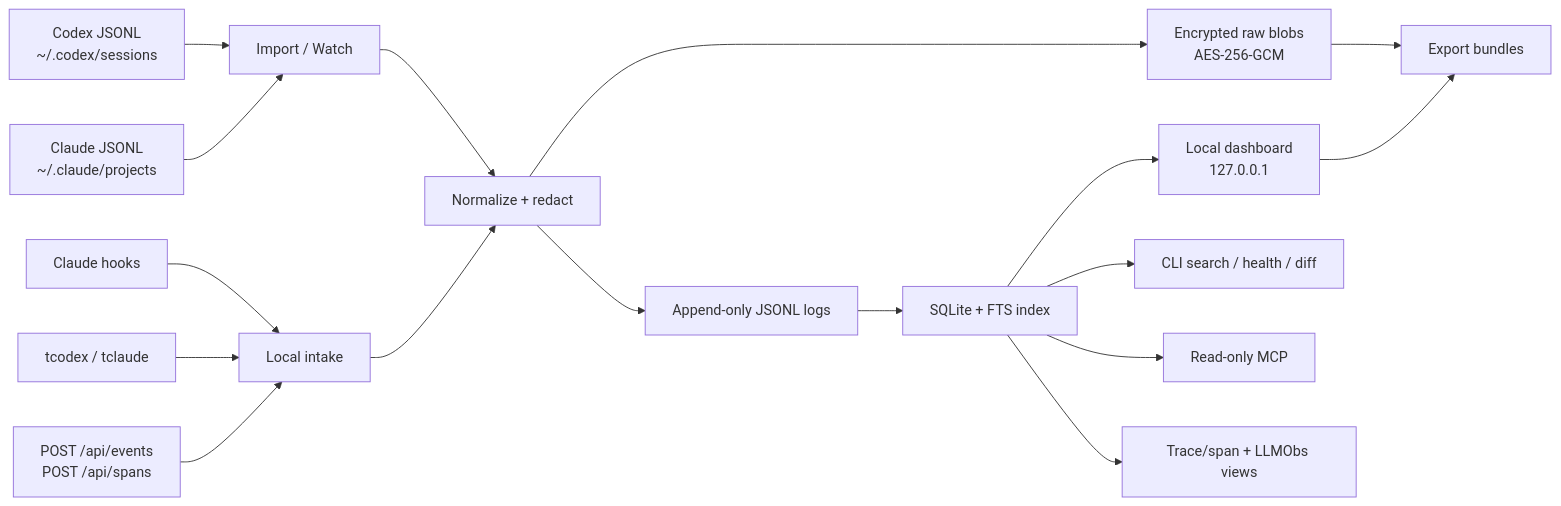
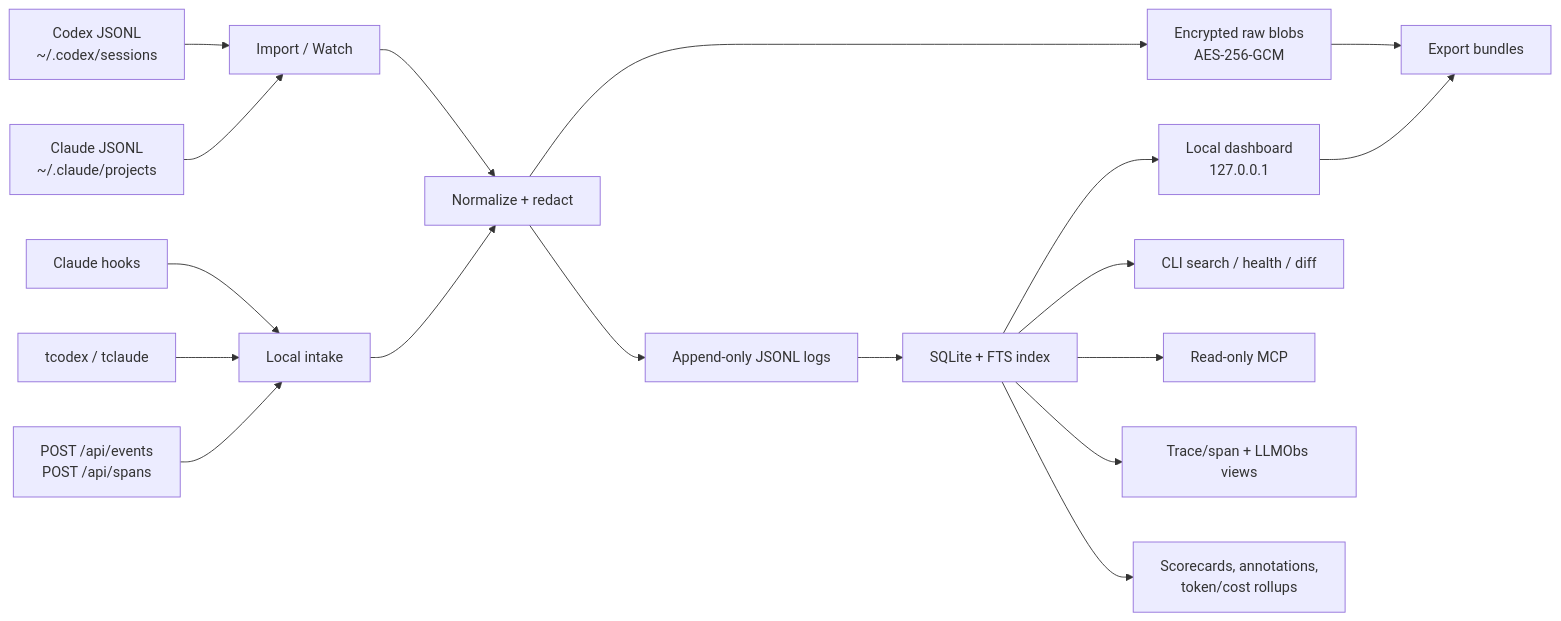
The diagram in ARCHITECTURE.md (ssreeni1/tracebase), drawn with Mermaid before and after one commit. The commit also changed other lines of this file and 27 other files, not shown here.

Commit message:
Add trace intelligence scorecards

````diff
--- a/ARCHITECTURE.md
+++ b/ARCHITECTURE.md
@@ -7,20 +7,21 @@
 ```mermaid
 flowchart LR
   codex["Codex JSONL<br/>~/.codex/sessions"] --> import["Import / Watch"]
   claude["Claude JSONL<br/>~/.claude/projects"] --> import
   hooks["Claude hooks"] --> intake["Local intake"]
   wrappers["tcodex / tclaude"] --> intake
   http["POST /api/events<br/>POST /api/spans"] --> intake
 
   import --> normalize["Normalize + redact"]
   intake --> normalize
   normalize --> raw["Encrypted raw blobs<br/>AES-256-GCM"]
   normalize --> logs["Append-only JSONL logs"]
   logs --> index["SQLite + FTS index"]
   raw --> export["Export bundles"]
   index --> dashboard["Local dashboard<br/>127.0.0.1"]
   index --> cli["CLI search / health / diff"]
   index --> mcp["Read-only MCP"]
   index --> llmobs["Trace/span + LLMObs views"]
+  index --> intelligence["Scorecards, annotations,<br/>token/cost rollups"]
   dashboard --> export
 ```
````
